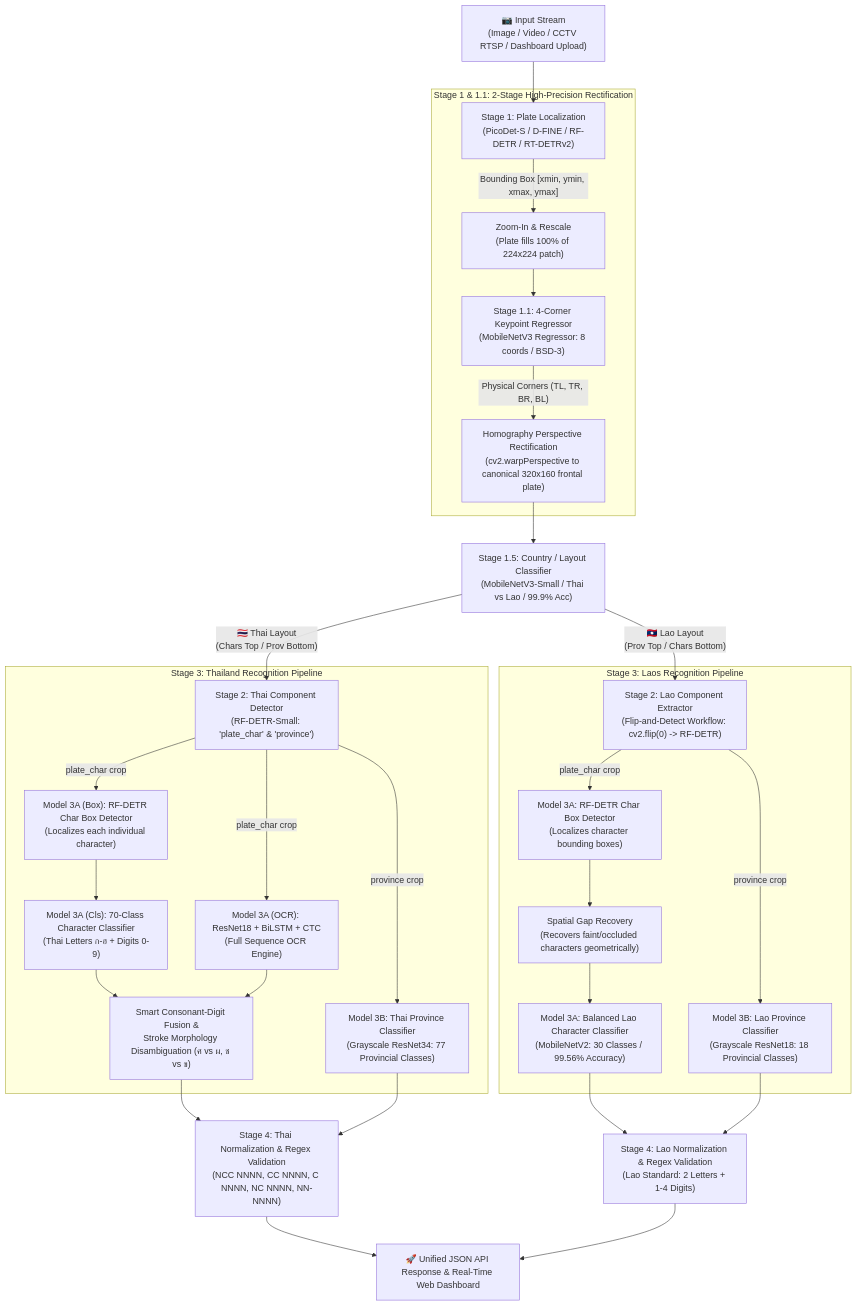
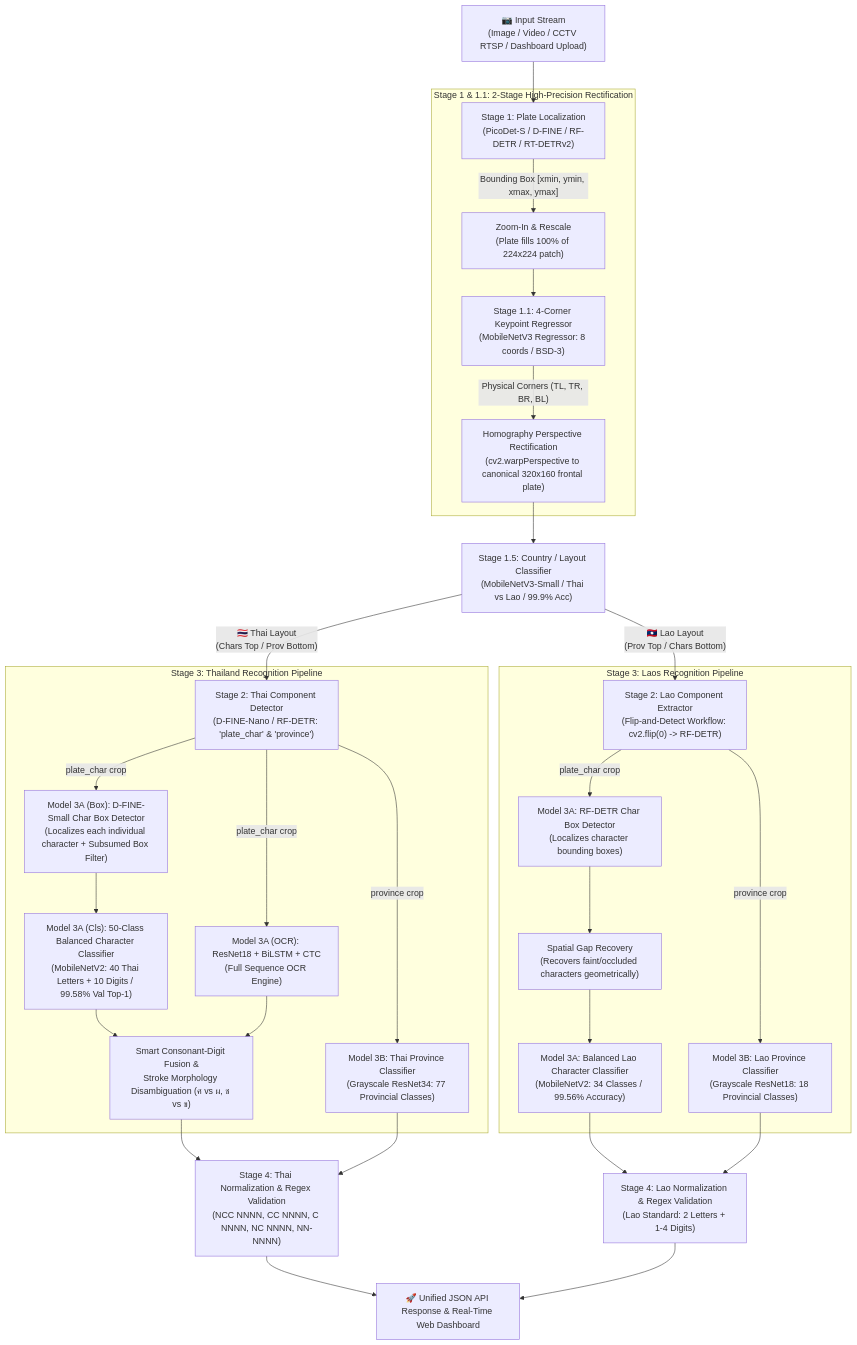
Before and after one commit to kwankhaosiva-repo/Thai-License-Plate-Recognition-API-old: the first of 2 diagrams in README.md, drawn with Mermaid. The commit also changed other lines of this file and 6 other files, not shown here.

Commit message:
refactor: improve Thai license plate character segmentation, filtering, and validation with added dataset balancing utilities

````diff
--- a/README.md
+++ b/README.md
@@ -33,35 +33,35 @@
 ```mermaid
 flowchart TD
     A["📷 Input Stream\n(Image / Video / CCTV RTSP / Dashboard Upload)"] --> S1["Stage 1: Plate Localization\n(PicoDet-S / D-FINE / RF-DETR / RT-DETRv2)"]
     
     subgraph STAGE1["Stage 1 & 1.1: 2-Stage High-Precision Rectification"]
         S1 -->|"Bounding Box [xmin, ymin, xmax, ymax]"| S1_CROP["Zoom-In & Rescale\n(Plate fills 100% of 224x224 patch)"]
         S1_CROP --> S1_KEY["Stage 1.1: 4-Corner Keypoint Regressor\n(MobileNetV3 Regressor: 8 coords / BSD-3)"]
         S1_KEY -->|"Physical Corners (TL, TR, BR, BL)"| S1_WARP["Homography Perspective Rectification\n(cv2.warpPerspective to canonical 320x160 frontal plate)"]
     end
 
     S1_WARP --> S15["Stage 1.5: Country / Layout Classifier\n(MobileNetV3-Small / Thai vs Lao / 99.9% Acc)"]
 
-    S15 -->|"🇹🇭 Thai Layout\n(Chars Top / Prov Bottom)"| S2_TH["Stage 2: Thai Component Detector\n(RF-DETR-Small: 'plate_char' & 'province')"]
+    S15 -->|"🇹🇭 Thai Layout\n(Chars Top / Prov Bottom)"| S2_TH["Stage 2: Thai Component Detector\n(D-FINE-Nano / RF-DETR: 'plate_char' & 'province')"]
     S15 -->|"🇱🇦 Lao Layout\n(Prov Top / Chars Bottom)"| S2_LA["Stage 2: Lao Component Extractor\n(Flip-and-Detect Workflow: cv2.flip(0) -> RF-DETR)"]
 
     subgraph STAGE3_TH["Stage 3: Thailand Recognition Pipeline"]
-        S2_TH -->|"plate_char crop"| TH_CHAR_BOX["Model 3A (Box): RF-DETR Char Box Detector\n(Localizes each individual character)"]
-        TH_CHAR_BOX --> TH_CHAR_CLS["Model 3A (Cls): 70-Class Character Classifier\n(Thai Letters ก-ฮ + Digits 0-9)"]
+        S2_TH -->|"plate_char crop"| TH_CHAR_BOX["Model 3A (Box): D-FINE-Small Char Box Detector\n(Localizes each individual character + Subsumed Box Filter)"]
+        TH_CHAR_BOX --> TH_CHAR_CLS["Model 3A (Cls): 50-Class Balanced Character Classifier\n(MobileNetV2: 40 Thai Letters + 10 Digits / 99.58% Val Top-1)"]
         S2_TH -->|"plate_char crop"| TH_OCR["Model 3A (OCR): ResNet18 + BiLSTM + CTC\n(Full Sequence OCR Engine)"]
         TH_CHAR_CLS & TH_OCR --> TH_FUSION["Smart Consonant-Digit Fusion &\nStroke Morphology Disambiguation (ศ vs ผ, ช vs ข)"]
         S2_TH -->|"province crop"| TH_PROV["Model 3B: Thai Province Classifier\n(Grayscale ResNet34: 77 Provincial Classes)"]
     end
 
     subgraph STAGE3_LA["Stage 3: Laos Recognition Pipeline"]
         S2_LA -->|"plate_char crop"| LA_CHAR_BOX["Model 3A: RF-DETR Char Box Detector\n(Localizes character bounding boxes)"]
         LA_CHAR_BOX --> LA_GAP["Spatial Gap Recovery\n(Recovers faint/occluded characters geometrically)"]
-        LA_GAP --> LA_CHAR_CLS["Model 3A: Balanced Lao Character Classifier\n(MobileNetV2: 30 Classes / 99.56% Accuracy)"]
+        LA_GAP --> LA_CHAR_CLS["Model 3A: Balanced Lao Character Classifier\n(MobileNetV2: 34 Classes / 99.56% Accuracy)"]
         S2_LA -->|"province crop"| LA_PROV["Model 3B: Lao Province Classifier\n(Grayscale ResNet18: 18 Provincial Classes)"]
     end
 
     TH_FUSION & TH_PROV --> S4_TH["Stage 4: Thai Normalization & Regex Validation\n(NCC NNNN, CC NNNN, C NNNN, NC NNNN, NN-NNNN)"]
     LA_CHAR_CLS & LA_PROV --> S4_LA["Stage 4: Lao Normalization & Regex Validation\n(Lao Standard: 2 Letters + 1-4 Digits)"]
 
     S4_TH & S4_LA --> OUT["🚀 Unified JSON API Response & Real-Time Web Dashboard"]
 ```
````
